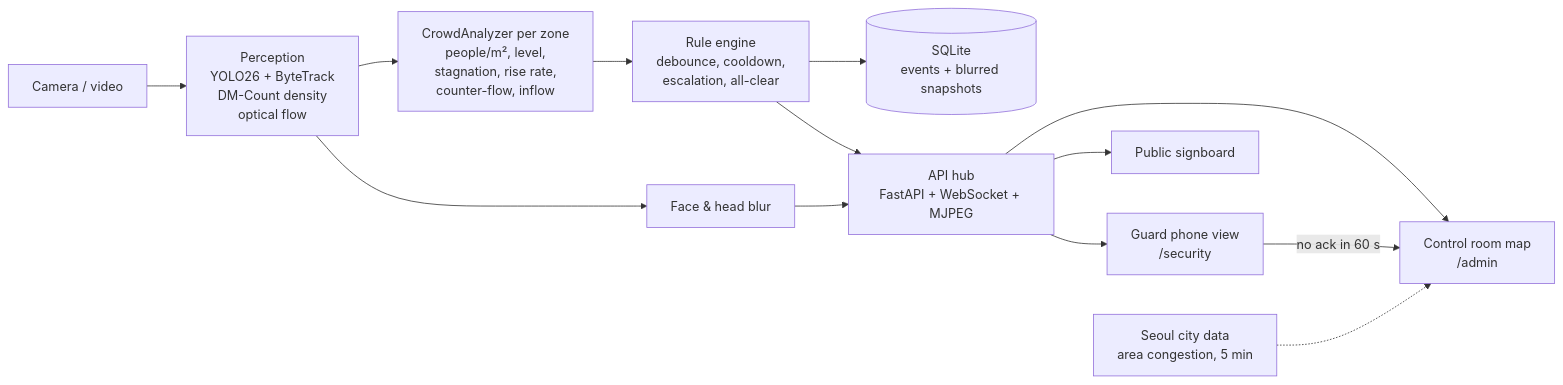
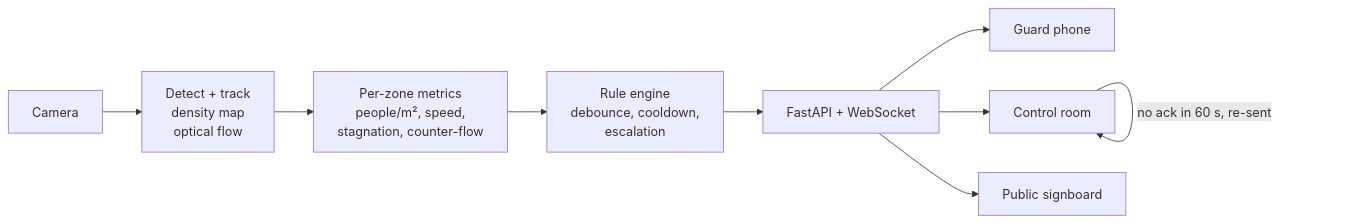
Before and after one commit to sanjardev23/sumteo: the diagram in README.md, drawn with Mermaid. The commit also changed other lines of this file, not shown here.

````diff
--- a/README.md
+++ b/README.md
@@ -36,15 +22,11 @@
 ```mermaid
 flowchart LR
-    V[Camera / video] --> P[Perception<br/>YOLO26 + ByteTrack<br/>DM-Count density<br/>optical flow]
-    P --> B[Face & head blur]
-    P --> A[CrowdAnalyzer per zone<br/>people/m², level,<br/>stagnation, rise rate,<br/>counter-flow, inflow]
-    A --> R[Rule engine<br/>debounce, cooldown,<br/>escalation, all-clear]
-    R --> S[(SQLite<br/>events + blurred snapshots)]
-    R --> H[API hub<br/>FastAPI + WebSocket + MJPEG]
-    B --> H
-    H --> G[Guard phone view<br/>/security]
-    H --> C[Control room map<br/>/admin]
-    H --> K[Public signboard]
-    G -- no ack in 60 s --> C
-    Z[Seoul city data<br/>area congestion, 5 min] -.-> C
+    V[Camera] --> P[Detect + track<br/>density map<br/>optical flow]
+    P --> A[Per-zone metrics<br/>people/m², speed,<br/>stagnation, counter-flow]
+    A --> R[Rule engine<br/>debounce, cooldown,<br/>escalation]
+    R --> H[FastAPI + WebSocket]
+    H --> G[Guard phone]
+    H --> C[Control room]
+    H --> S[Public signboard]
+    C -- no ack in 60 s, re-sent --> C
 ```
````
